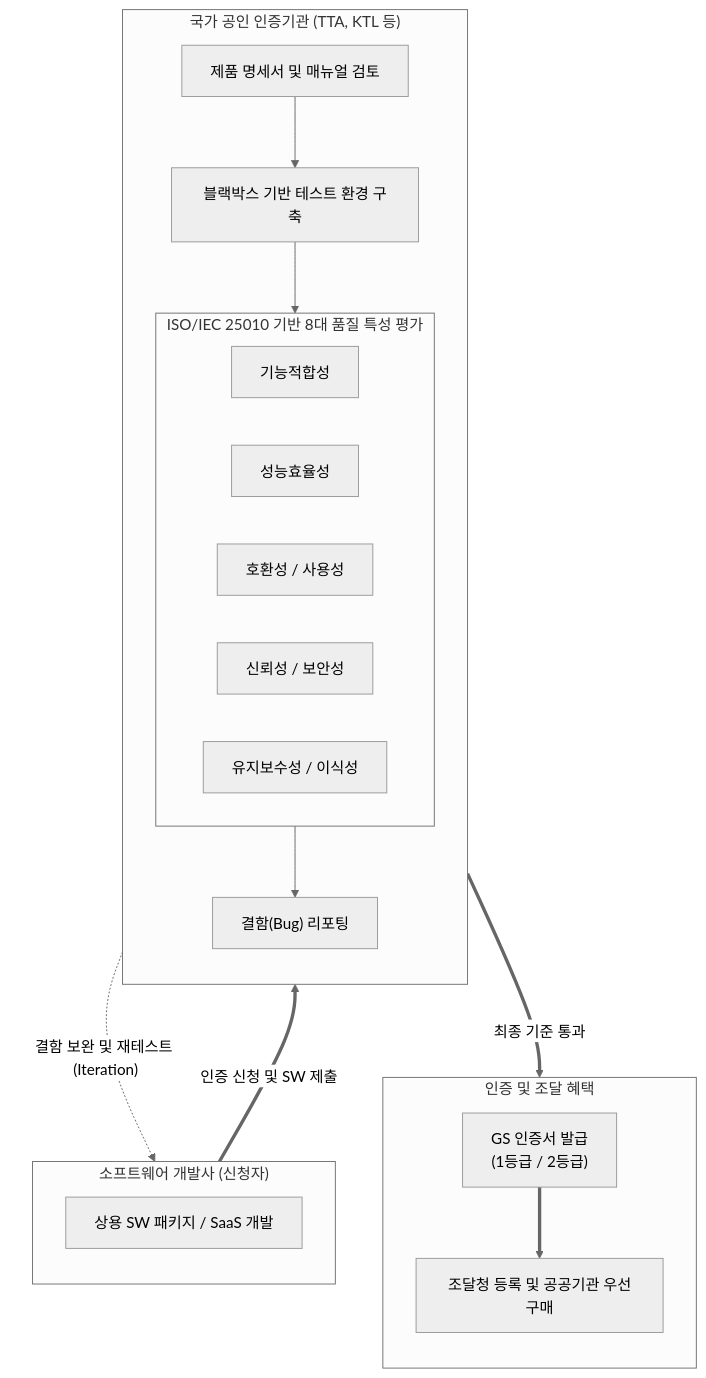
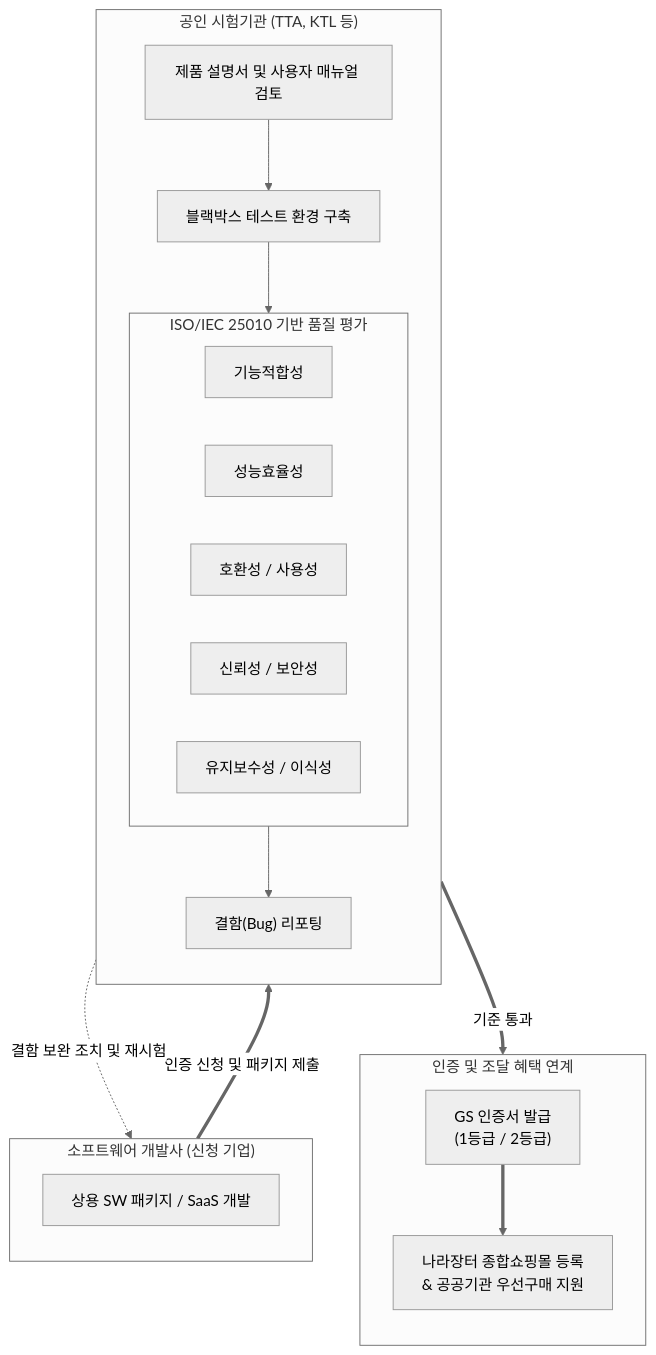
The diagram in content/01_IT Tech/GS 인증.md (supremethumb/supremethumb.github.io), drawn with Mermaid (neutral theme) before and after one commit. The commit also changed other lines of this file and 362 other files, not shown here.

````diff
--- a/content/01_IT Tech/GS 인증.md
+++ b/content/01_IT Tech/GS 인증.md
@@ -27,38 +31,37 @@
 ```mermaid
 flowchart TD
-    subgraph Applicant ["소프트웨어 개발사 (신청자)"]
+    subgraph Applicant ["소프트웨어 개발사 (신청 기업)"]
         direction TB
         Dev["상용 SW 패키지 / SaaS 개발"]
     end
 
-    subgraph Evaluation_Agency ["국가 공인 인증기관 (TTA, KTL 등)"]
+    subgraph Evaluation_Agency ["공인 시험기관 (TTA, KTL 등)"]
         direction TB
-        Req["제품 명세서 및 매뉴얼 검토"]
-        Test["블랙박스 기반 테스트 환경 구축"]
+        Req["제품 설명서 및 사용자 매뉴얼 검토"]
+        Test["블랙박스 테스트 환경 구축"]
         
-        subgraph ISO25010 ["ISO/IEC 25010 기반 8대 품질 특성 평가"]
+        subgraph ISO25010 ["ISO/IEC 25010 기반 품질 평가"]
             direction LR
             Q1["기능적합성"]
             Q2["성능효율성"]
             Q3["호환성 / 사용성"]
             Q4["신뢰성 / 보안성"]
             Q5["유지보수성 / 이식성"]
         end
         
         Defect["결함(Bug) 리포팅"]
     end
 
-    subgraph Certification ["인증 및 조달 혜택"]
+    subgraph Certification ["인증 및 조달 혜택 연계"]
         direction TB
         Cert["GS 인증서 발급<br/>(1등급 / 2등급)"]
-        Public["조달청 등록 및 공공기관 우선구매"]
+        Public["나라장터 종합쇼핑몰 등록<br/>& 공공기관 우선구매 지원"]
     end
 
-    Applicant ==>|"인증 신청 및 SW 제출"| Evaluation_Agency
+    Applicant ==>|"인증 신청 및 패키지 제출"| Evaluation_Agency
     Req --> Test --> ISO25010
     ISO25010 --> Defect
-    Defect -. "결함 보완 및 재테스트 (Iteration)" .-> Applicant
-    ISO25010 ==>|"최종 기준 통과"| Cert
+    Defect -. "결함 보완 조치 및 재시험" .-> Applicant
+    ISO25010 ==>|"기준 통과"| Cert
     Cert ==> Public
-
 ```
````
